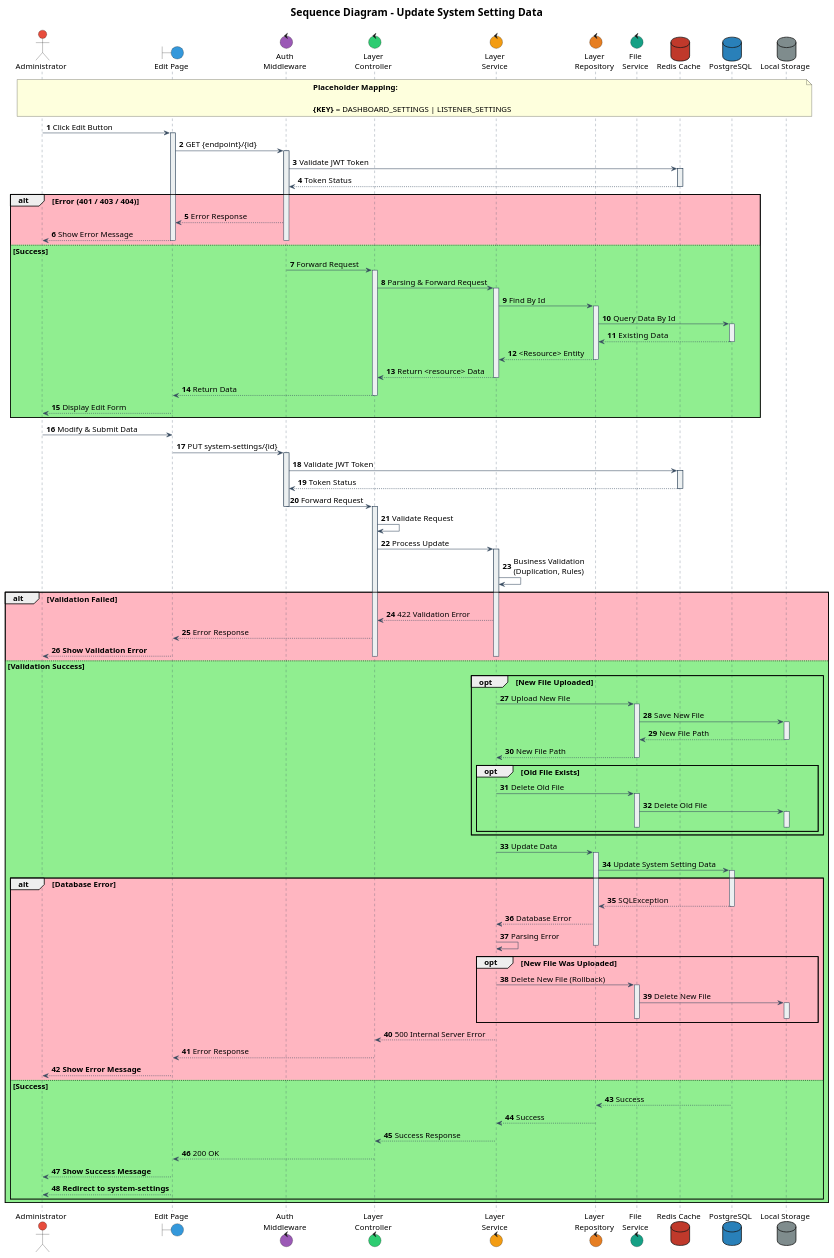
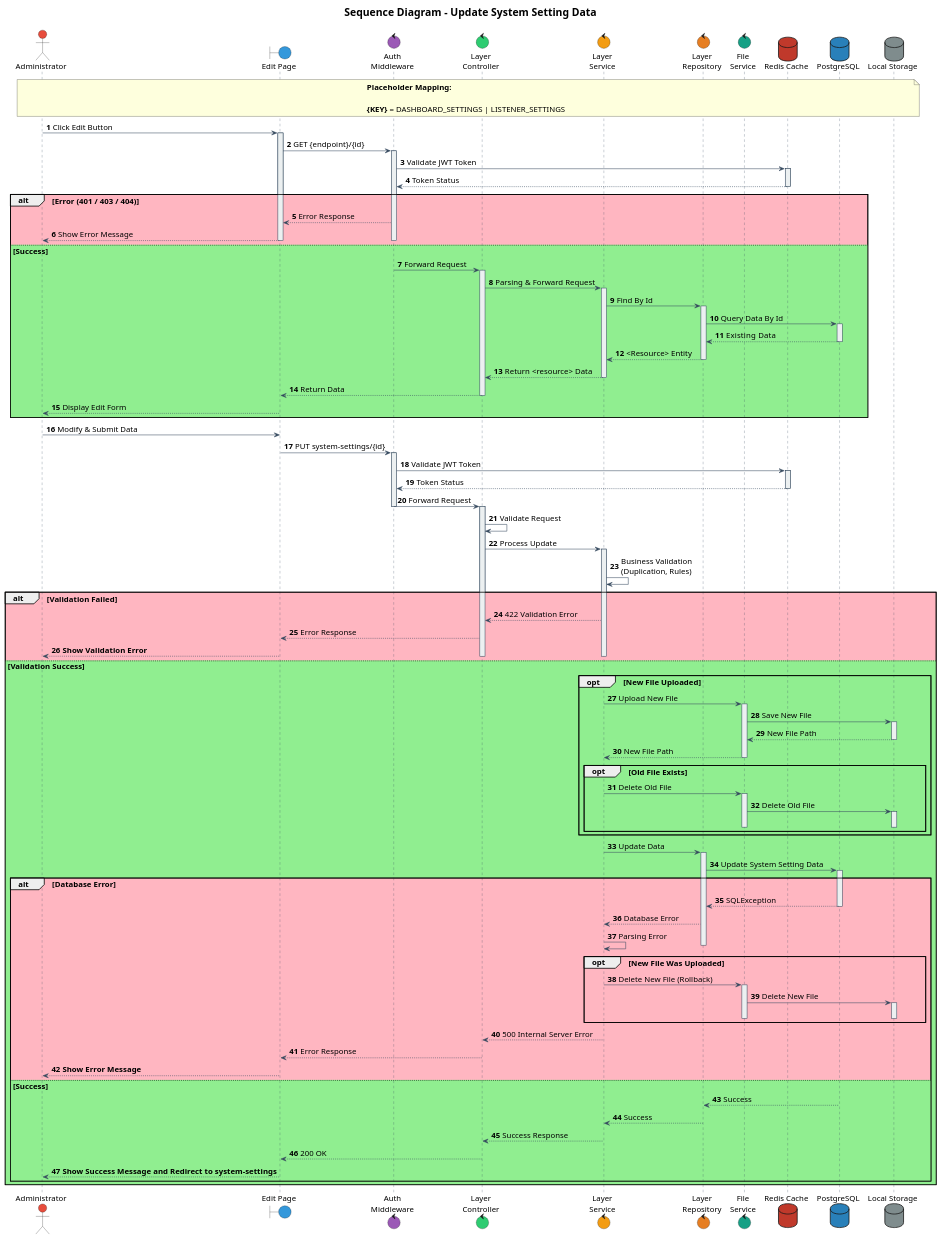
The diagram in documentation/sequence/document/system-setting/edit.puml (IntConnect/go-intconnect-api), drawn with PlantUML before and after one commit. The commit also changed 2 other files, not shown here.

```diff
--- a/documentation/sequence/document/system-setting/edit.puml
+++ b/documentation/sequence/document/system-setting/edit.puml
@@ -196,8 +196,7 @@
                 controller --> boundEdit: 200 OK
                 deactivate controller
 
-                boundEdit --> admin: **Show Success Message**
-                boundEdit --> admin: **Redirect to system-settings**
+                boundEdit --> admin: **Show Success Message and Redirect to system-settings**
                 deactivate boundEdit
             end
         end
```
